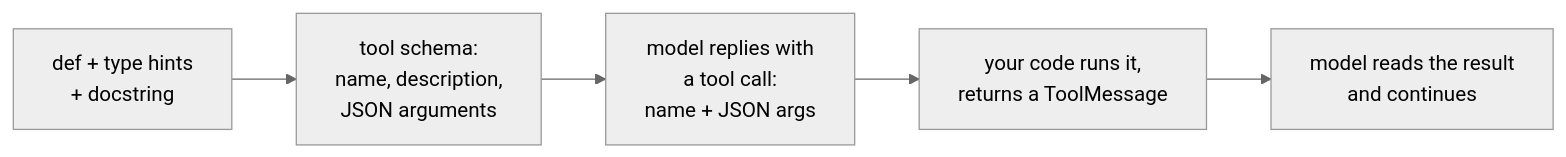
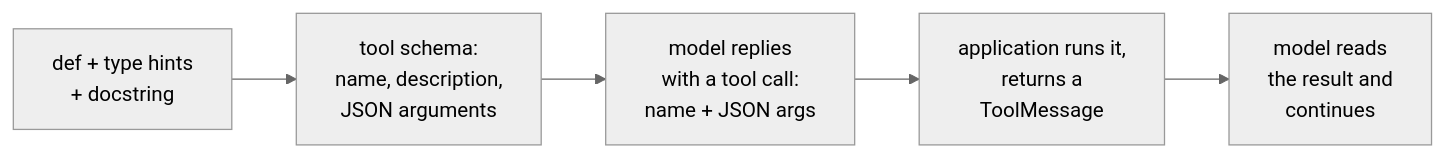
Before and after one commit to shubamchaudhary/CodeNITW: the fourth of 7 diagrams in src/Data/aiStackDocs/CH-13.md, drawn with Mermaid (neutral theme). The commit also changed other lines of this file and 7 other files, not shown here.

````diff
--- a/src/Data/aiStackDocs/CH-13.md
+++ b/src/Data/aiStackDocs/CH-13.md
@@ -154,7 +165,7 @@
 ```mermaid
 flowchart LR
     F["def + type hints<br/>+ docstring"] --> S["tool schema:<br/>name, description,<br/>JSON arguments"]
-    S --> M["model replies with<br/>a tool call:<br/>name + JSON args"]
-    M --> R["your code runs it,<br/>returns a ToolMessage"]
-    R --> M2["model reads the result<br/>and continues"]
+    S --> M["model replies<br/>with a tool call:<br/>name + JSON args"]
+    M --> R["application runs it,<br/>returns a<br/>ToolMessage"]
+    R --> M2["model reads<br/>the result and<br/>continues"]
 ```
````
